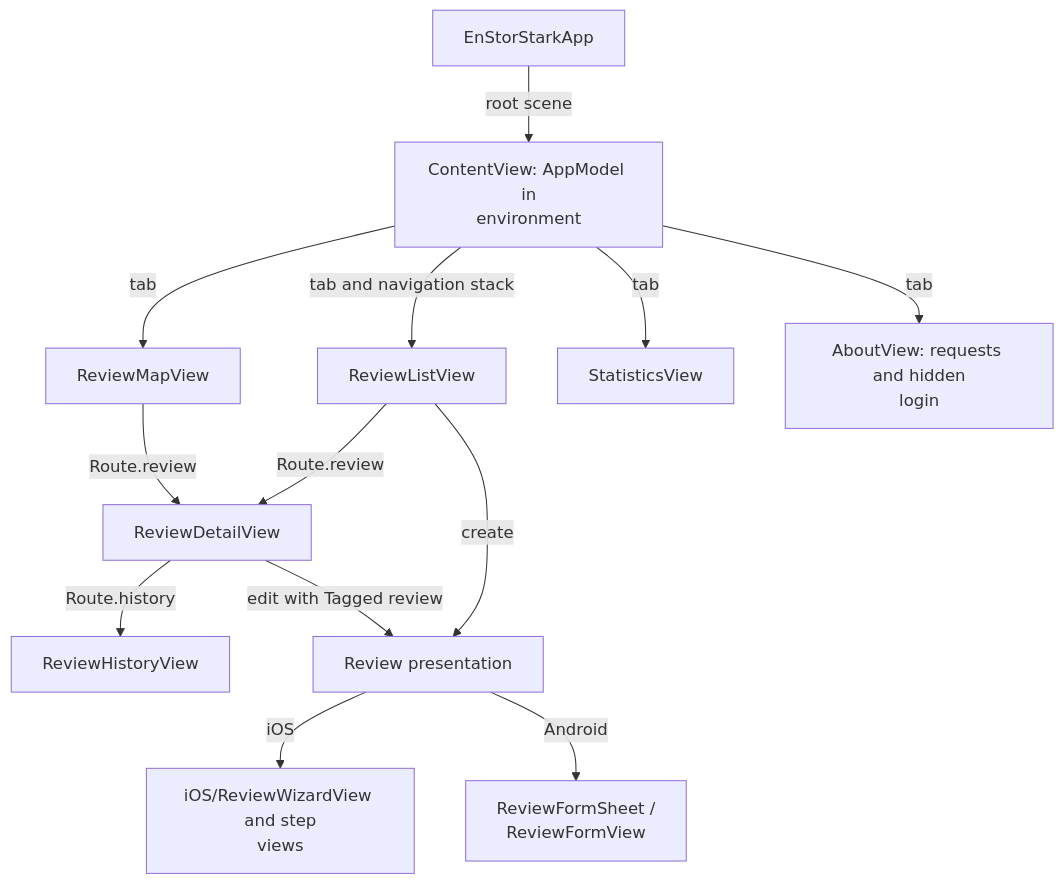
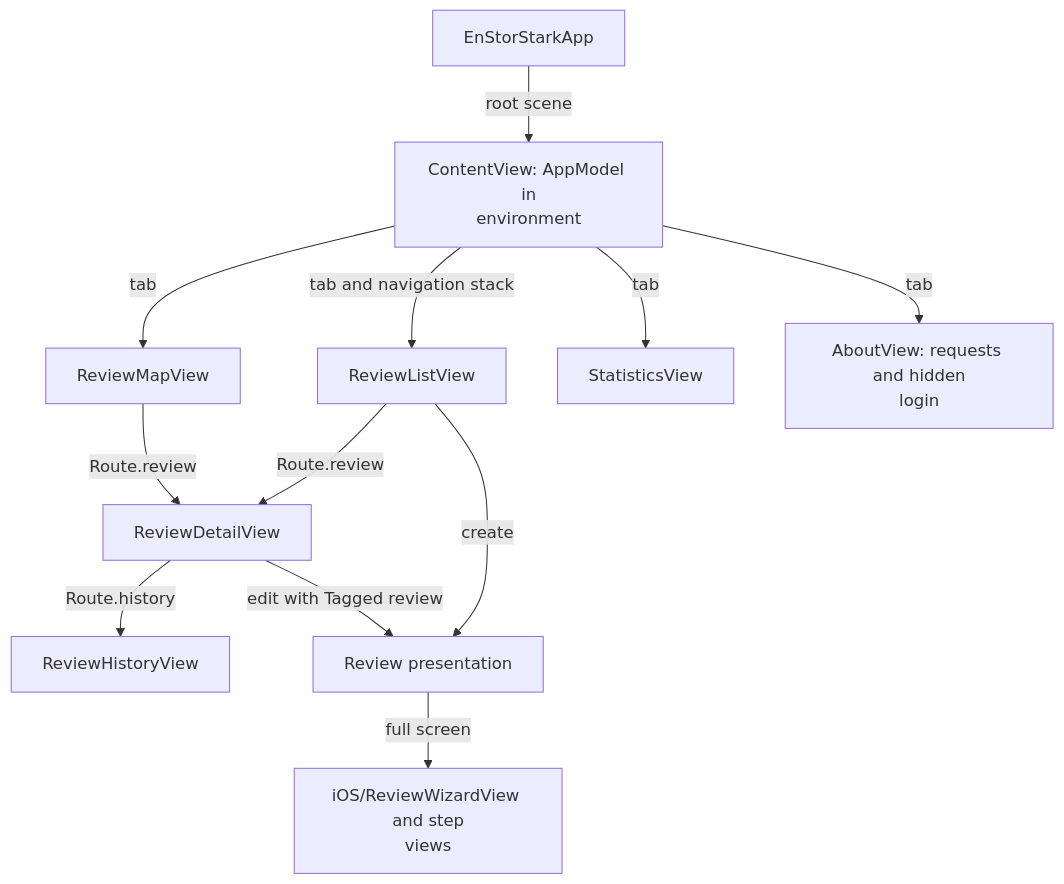
One commit to jonathan-lindqvist/enstorstarkreview changed the first of 2 diagrams in mobile/Sources/EnStorStark/README.md. Above: the diagram before and after it, drawn with Mermaid. The commit also changed other lines of this file and 95 other files, not shown here.

````diff
--- a/mobile/Sources/EnStorStark/README.md
+++ b/mobile/Sources/EnStorStark/README.md
@@ -11,15 +11,14 @@
 ```mermaid
 flowchart TD
     App["EnStorStarkApp"] -->|"root scene"| Content["ContentView: AppModel in<br/>environment"]
     Content -->|"tab and navigation stack"| Reviews["ReviewListView"]
     Content -->|"tab"| Map["ReviewMapView"]
     Content -->|"tab"| Statistics["StatisticsView"]
     Content -->|"tab"| About["AboutView: requests and hidden<br/>login"]
     Reviews -->|"Route.review"| Detail["ReviewDetailView"]
     Map -->|"Route.review"| Detail
     Detail -->|"Route.history"| History["ReviewHistoryView"]
     Reviews -->|"create"| Form["Review presentation"]
     Detail -->|"edit with Tagged review"| Form
-    Form -->|"iOS"| Wizard["iOS/ReviewWizardView and step<br/>views"]
-    Form -->|"Android"| Plain["ReviewFormSheet /<br/>ReviewFormView"]
+    Form -->|"full screen"| Wizard["iOS/ReviewWizardView and step<br/>views"]
 ```
````
